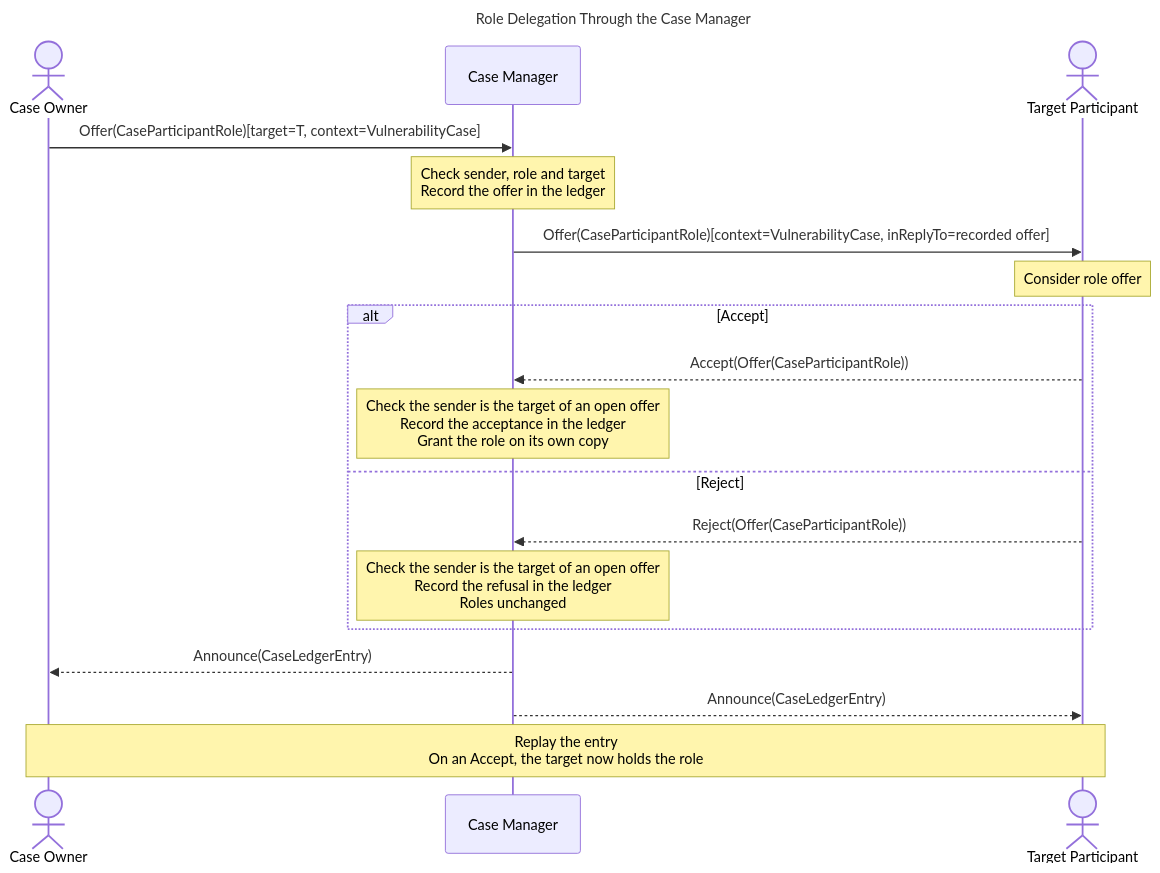
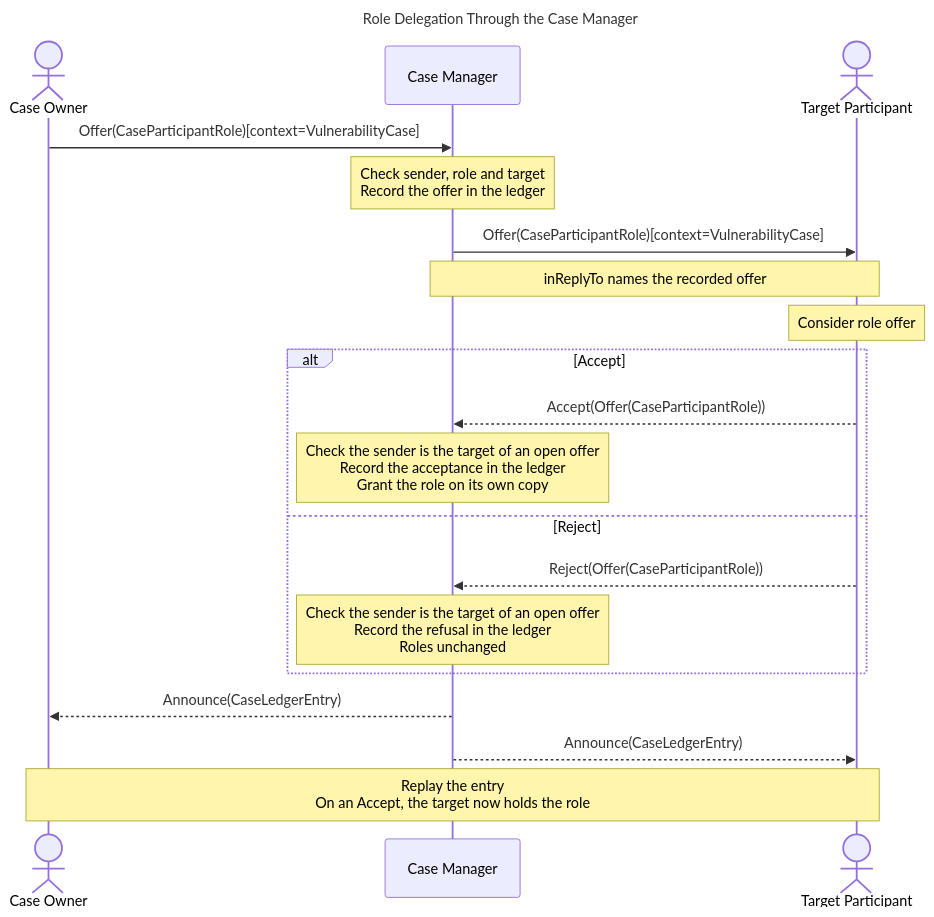
One commit to CERTCC/Vultron changed the diagram in docs/howto/activitypub/activities/role_delegation.md. Above: the diagram before and after it, drawn with Mermaid. The commit also changed 11 other files, not shown here.

````diff
--- a/docs/howto/activitypub/activities/role_delegation.md
+++ b/docs/howto/activitypub/activities/role_delegation.md
@@ -36,23 +36,24 @@
 ```mermaid
 ---
 title: Role Delegation Through the Case Manager
 ---
 sequenceDiagram
     actor O as Case Owner
     participant M as Case Manager
     actor T as Target Participant
-    O ->> M: Offer(CaseParticipantRole)[target=T, context=VulnerabilityCase]
+    O ->> M: Offer(CaseParticipantRole)[context=VulnerabilityCase]
     note over M: Check sender, role and target<br/>Record the offer in the ledger
-    M ->> T: Offer(CaseParticipantRole)[context=VulnerabilityCase, inReplyTo=recorded offer]
+    M ->> T: Offer(CaseParticipantRole)[context=VulnerabilityCase]
+    note over M,T: inReplyTo names the recorded offer
     note over T: Consider role offer
     alt Accept
         T -->> M: Accept(Offer(CaseParticipantRole))
         note over M: Check the sender is the target of an open offer<br/>Record the acceptance in the ledger<br/>Grant the role on its own copy
     else Reject
         T -->> M: Reject(Offer(CaseParticipantRole))
         note over M: Check the sender is the target of an open offer<br/>Record the refusal in the ledger<br/>Roles unchanged
     end
     M -->> O: Announce(CaseLedgerEntry)
     M -->> T: Announce(CaseLedgerEntry)
     note over O,T: Replay the entry<br/>On an Accept, the target now holds the role
 ```
````
